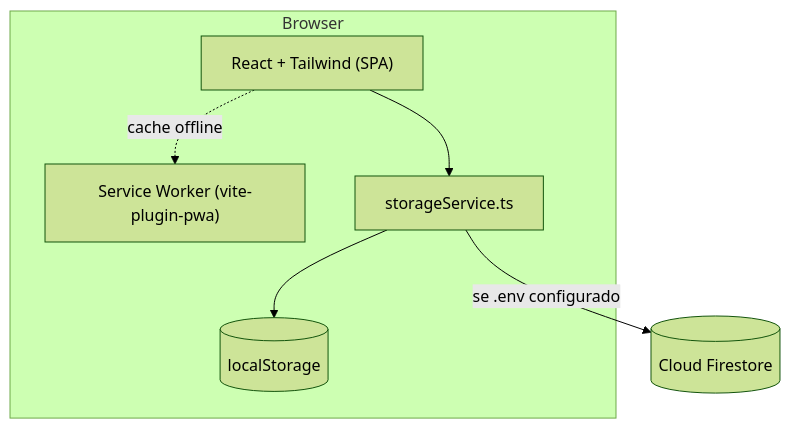
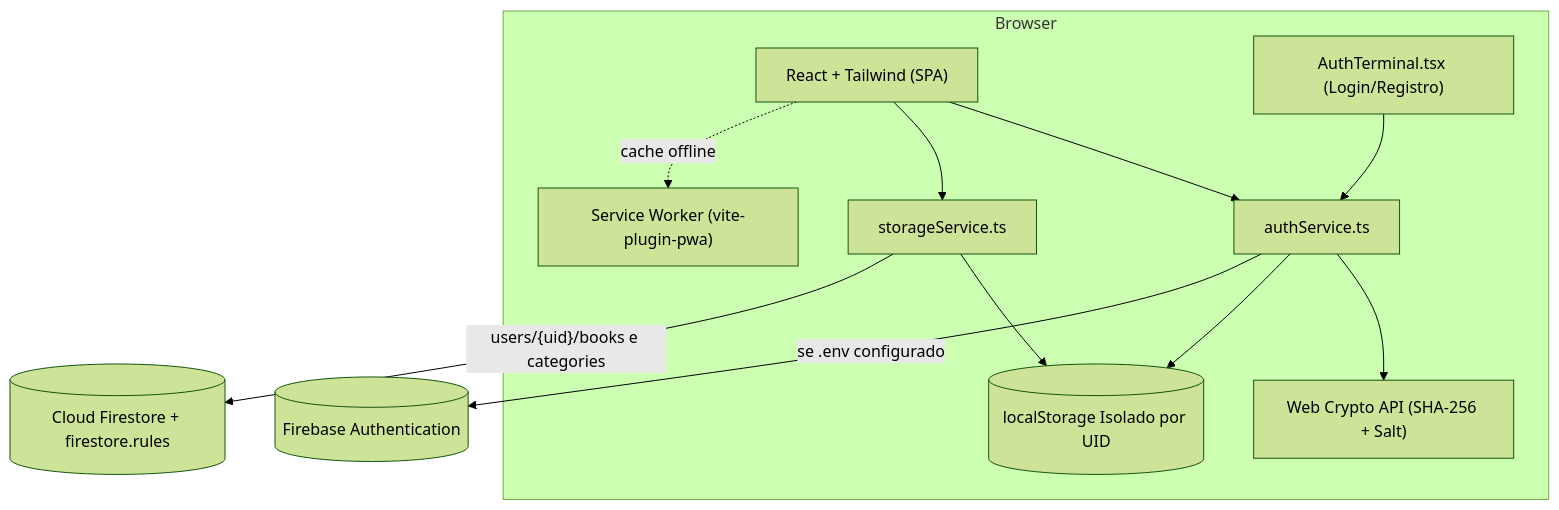
The second of 5 diagrams in docs/arquitetura-der.md (Glins-dev/librarytrix), drawn with Mermaid (forest theme) before and after one commit. The commit also changed other lines of this file and 14 other files, not shown here.

Commit message:
feat(auth): implementar autenticacao multiusuario sha-256 e isolamento de dados por conta (#16)

````diff
--- a/docs/arquitetura-der.md
+++ b/docs/arquitetura-der.md
@@ -14,12 +14,19 @@
 ```mermaid
 flowchart TB
   subgraph Browser
     UI["React + Tailwind (SPA)"]
+    AUTH_UI["AuthTerminal.tsx (Login/Registro)"]
     SW["Service Worker (vite-plugin-pwa)"]
-    LS[("localStorage")]
+    WC["Web Crypto API (SHA-256 + Salt)"]
+    LS[("localStorage Isolado por UID")]
+    UI --> AUTH_SVC["authService.ts"]
+    AUTH_UI --> AUTH_SVC
+    AUTH_SVC --> WC
+    AUTH_SVC --> LS
     UI --> SVC["storageService.ts"]
     SVC --> LS
     UI -.cache offline.-> SW
   end
-  SVC -->|"se .env configurado"| FS[("Cloud Firestore")]
+  AUTH_SVC -->|"se .env configurado"| FBA[("Firebase Authentication")]
+  SVC -->|"users/{uid}/books e categories"| FS[("Cloud Firestore + firestore.rules")]
 ```
````
